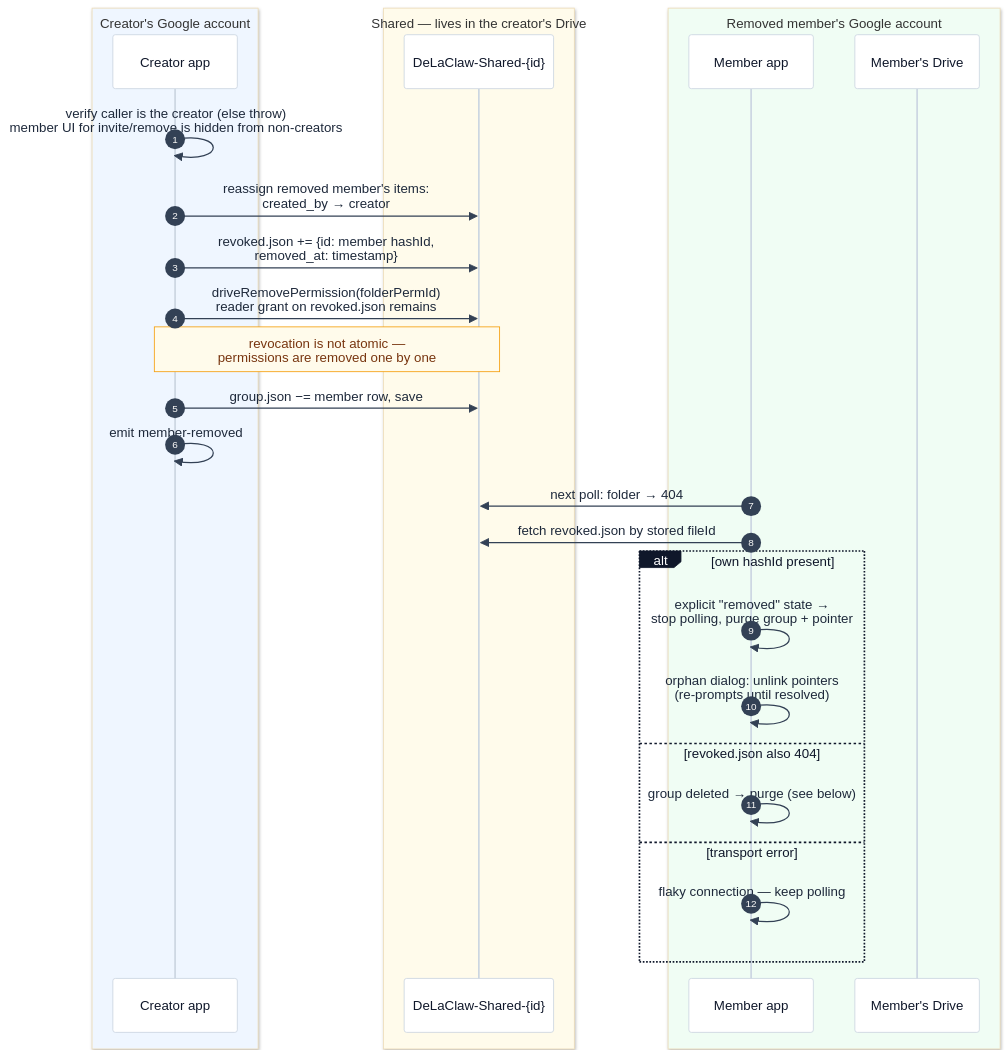
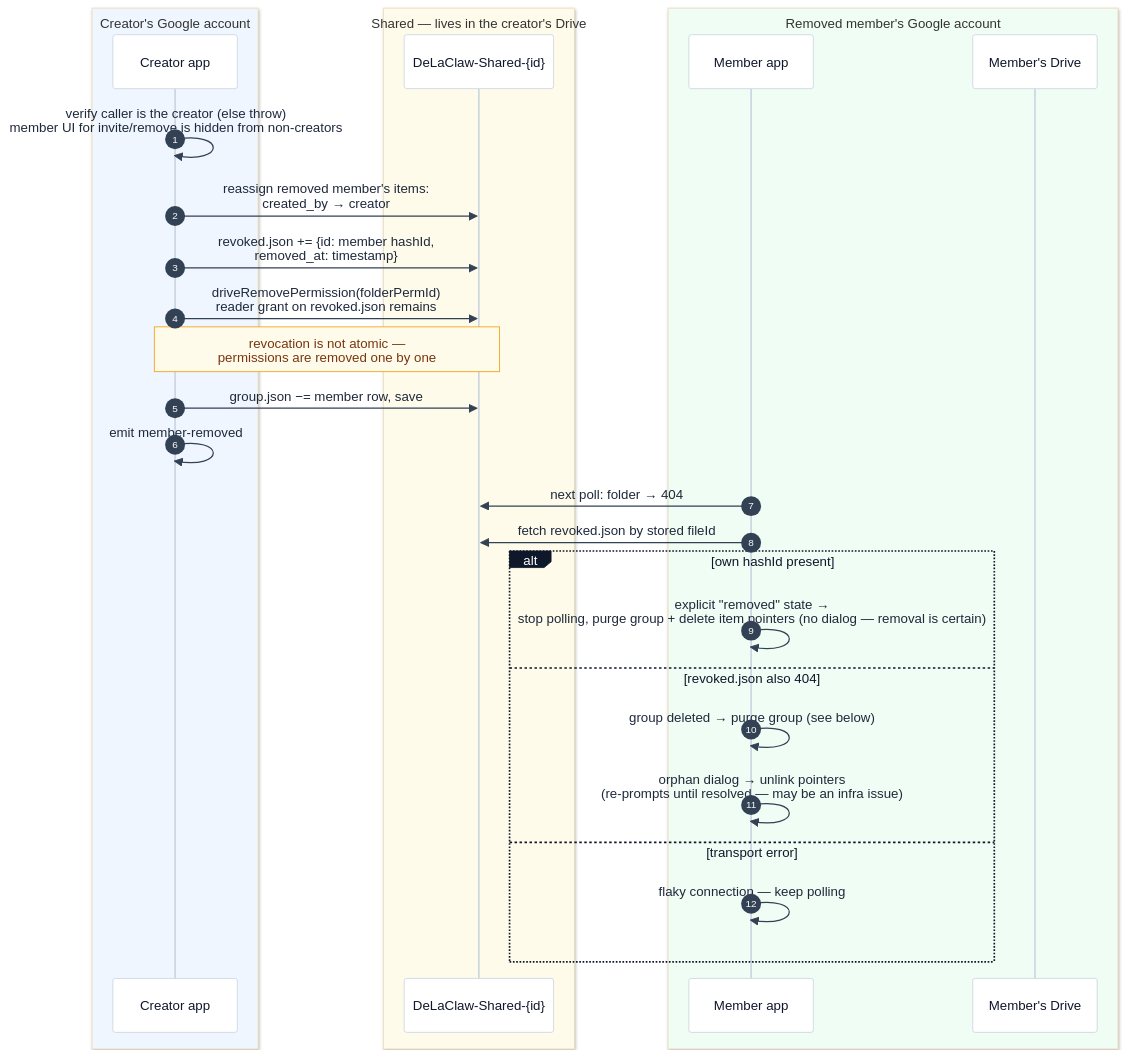
One commit to AntGro/DeLaClaw changed the tenth of 12 diagrams in docs-site/sharing.md. Above: the diagram before and after it, drawn with Mermaid. The commit also changed other lines of this file and 10 other files, not shown here.

First line of the commit message:
feat(sharing): auto-purge removed member's item pointers, no dialog

````diff
--- a/docs-site/sharing.md
+++ b/docs-site/sharing.md
@@ -280,33 +280,33 @@
 ```mermaid
 %%{init: {'theme': 'base', 'themeVariables': {'background': '#fbfaf8', 'actorBkg': '#ffffff', 'actorBorder': '#cbd5e1', 'actorTextColor': '#0f172a', 'actorLineColor': '#cbd5e1', 'signalColor': '#334155', 'signalTextColor': '#1e293b', 'noteBkgColor': '#fffbeb', 'noteBorderColor': '#f59e0b', 'noteTextColor': '#78350f', 'labelBoxBkgColor': '#0f172a', 'labelBoxBorderColor': '#0f172a', 'labelTextColor': '#ffffff'}}}%%
 sequenceDiagram
     autonumber
     box rgb(239,246,255) Creator's Google account
     participant CA as Creator app
     end
     box rgb(255,251,235) Shared — lives in the creator's Drive
     participant SF as DeLaClaw-Shared-{id}
     end
     box rgb(240,253,244) Removed member's Google account
     participant MA as Member app
     participant MD as Member's Drive
     end
 
     CA->>CA: verify caller is the creator (else throw)<br/>member UI for invite/remove is hidden from non-creators
     CA->>SF: reassign removed member's items:<br/>created_by → creator
     CA->>SF: revoked.json += {id: member hashId,<br/>removed_at: timestamp}
     CA->>SF: driveRemovePermission(folderPermId)<br/>reader grant on revoked.json remains
     Note over CA,SF: revocation is not atomic —<br/>permissions are removed one by one
     CA->>SF: group.json −= member row, save
     CA->>CA: emit member-removed
     MA->>SF: next poll: folder → 404
     MA->>SF: fetch revoked.json by stored fileId
     alt own hashId present
-    MA->>MA: explicit "removed" state →<br/>stop polling, purge group + pointer
-    MA->>MA: orphan dialog: unlink pointers<br/>(re-prompts until resolved)
+    MA->>MA: explicit "removed" state →<br/>stop polling, purge group + delete item pointers (no dialog — removal is certain)
     else revoked.json also 404
-    MA->>MA: group deleted → purge (see below)
+    MA->>MA: group deleted → purge group (see below)
+    MA->>MA: orphan dialog → unlink pointers<br/>(re-prompts until resolved — may be an infra issue)
     else transport error
     MA->>MA: flaky connection — keep polling
     end
 ```
````
